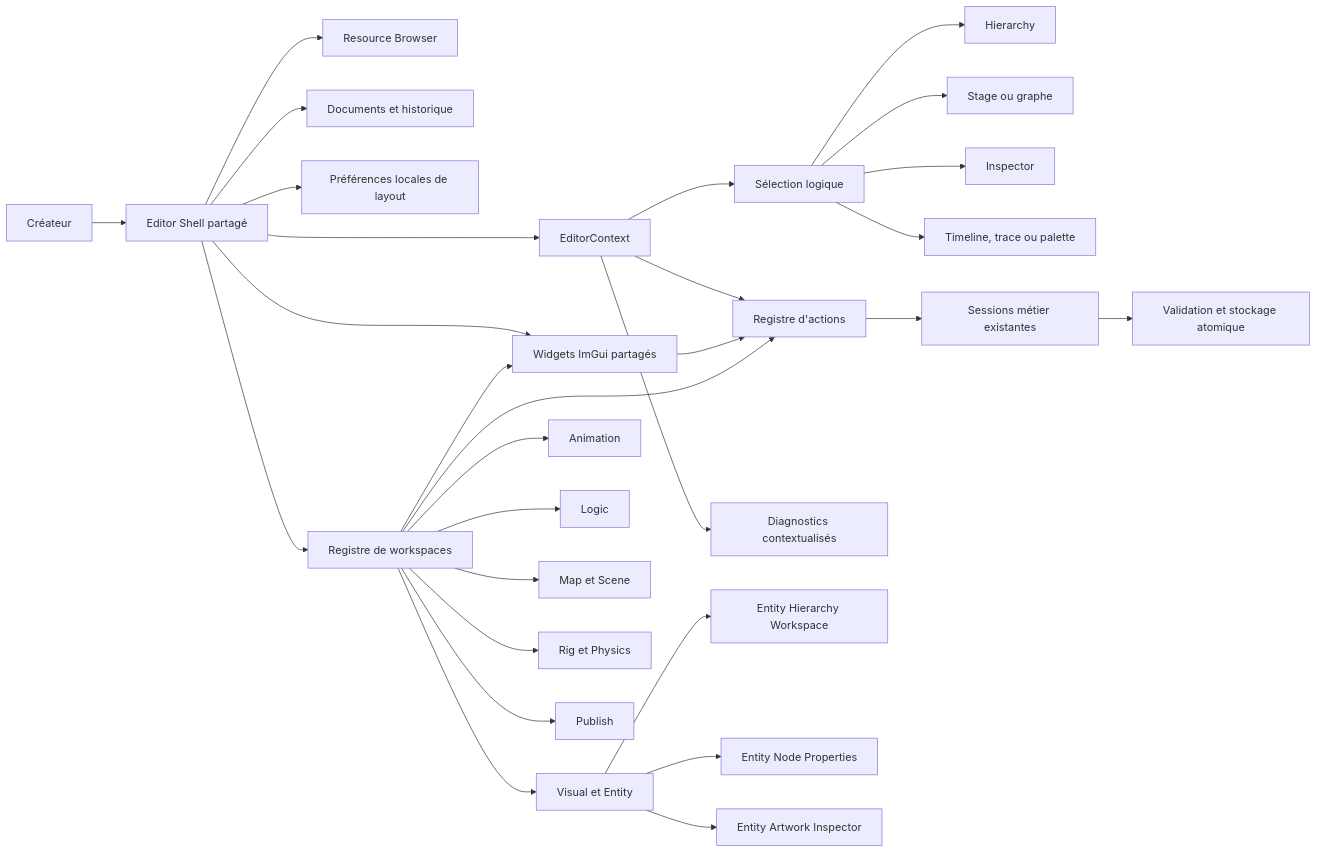
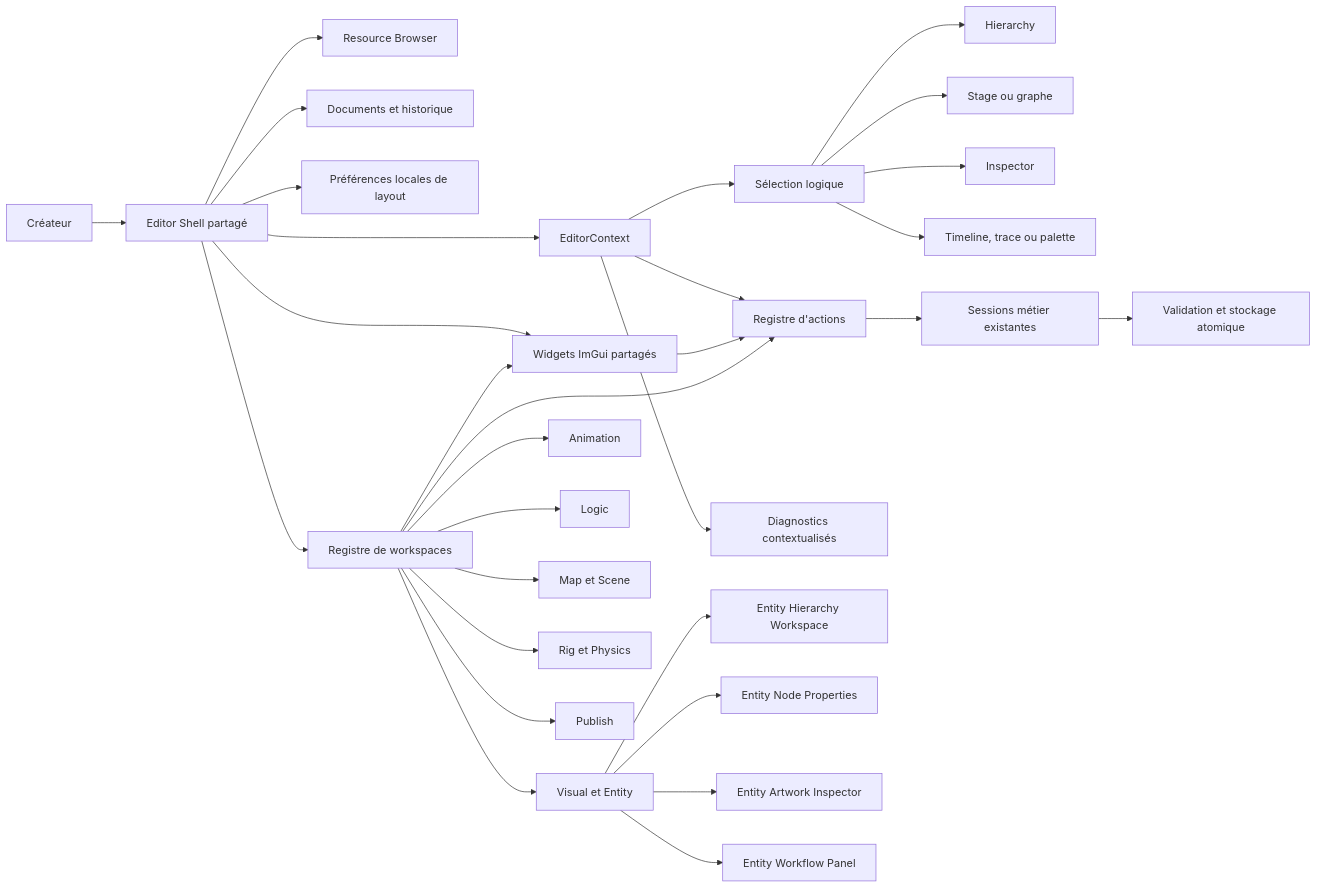
One commit to tristan-monticelli/vertex-loom changed the second of 3 diagrams in docs/architecture/components/studio-ux.md. Above: the diagram before and after it, drawn with Mermaid. The commit also changed other lines of this file and 8 other files, not shown here.

Commit message:
refactor(asset-studio): extract entity workflow panel

````diff
--- a/docs/architecture/components/studio-ux.md
+++ b/docs/architecture/components/studio-ux.md
@@ -153,31 +153,32 @@
 ```mermaid
 flowchart LR
     User[Créateur] --> Shell[Editor Shell partagé]
     Shell --> Browser[Resource Browser]
     Shell --> Tabs[Documents et historique]
     Shell --> Context[EditorContext]
     Shell --> SharedWidgets[Widgets ImGui partagés]
     Shell --> Preferences[Préférences locales de layout]
     Context --> Selection[Sélection logique]
     Context --> Actions[Registre d'actions]
     Context --> Diagnostics[Diagnostics contextualisés]
     Shell --> Workspaces[Registre de workspaces]
     Workspaces --> SharedWidgets
     Workspaces --> Visual[Visual et Entity]
     Visual --> EntityHierarchy[Entity Hierarchy Workspace]
     Visual --> EntityProperties[Entity Node Properties]
     Visual --> EntityArtwork[Entity Artwork Inspector]
+    Visual --> EntityWorkflow[Entity Workflow Panel]
     Workspaces --> Animation[Animation]
     Workspaces --> Logic[Logic]
     Workspaces --> Map[Map et Scene]
     Workspaces --> Rig[Rig et Physics]
     Workspaces --> Publish[Publish]
     Selection --> Hierarchy[Hierarchy]
     Selection --> Stage[Stage ou graphe]
     Selection --> Inspector[Inspector]
     Selection --> TaskDock[Timeline, trace ou palette]
     SharedWidgets --> Actions
     Workspaces --> Actions
     Actions --> Sessions[Sessions métier existantes]
     Sessions --> Storage[Validation et stockage atomique]
 ```
````
